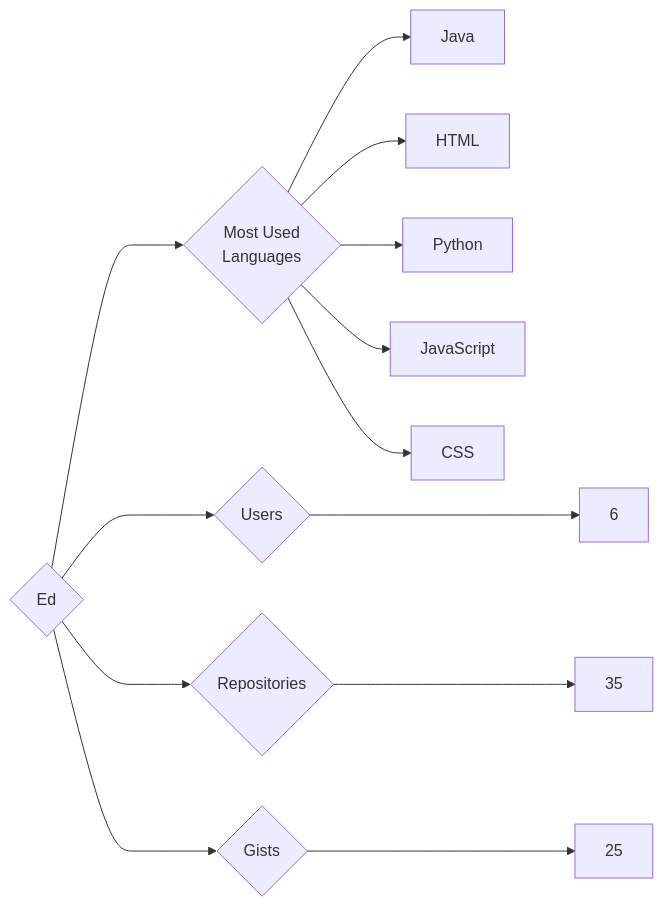
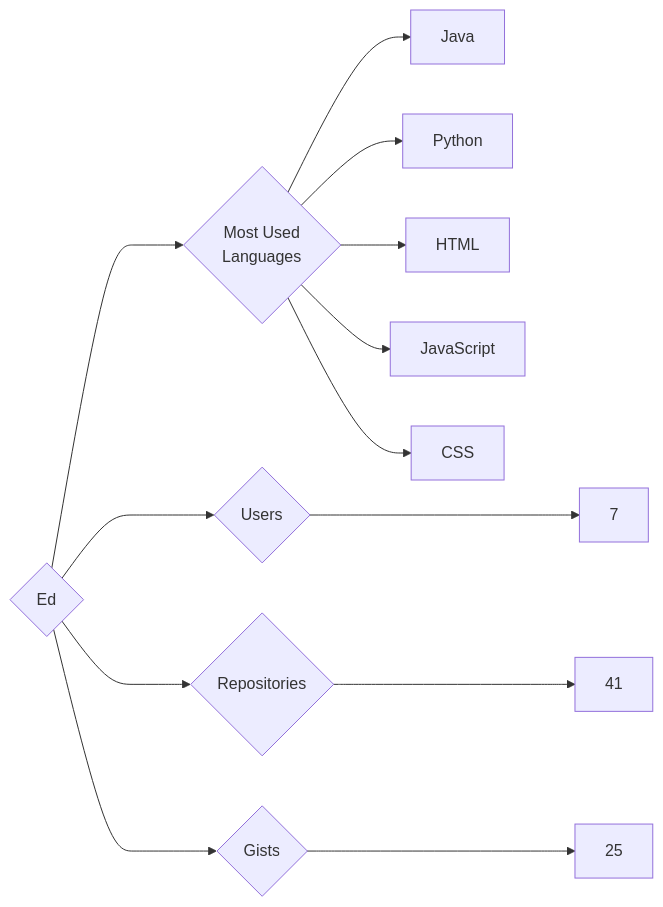
One commit to trickest/insiders changed the diagram in targets/Ed/README.md. Above: the diagram before and after it, drawn with Mermaid. The commit also changed 823 other files, not shown here.

````diff
--- a/targets/Ed/README.md
+++ b/targets/Ed/README.md
@@ -3,13 +3,13 @@
 ```mermaid
 graph LR
 COMPANY_NAME{Ed}
-COMPANY_NAME ---> U{Users} ---> UN[6]
-COMPANY_NAME ---> R{Repositories} ---> RN[35]
+COMPANY_NAME ---> U{Users} ---> UN[7]
+COMPANY_NAME ---> R{Repositories} ---> RN[41]
 COMPANY_NAME ---> G{Gists} ---> GN[25]
 COMPANY_NAME ---> ML{Most Used<br>Languages}
 ML --> Java[Java]
+ML --> Python[Python]
 ML --> HTML[HTML]
-ML --> Python[Python]
 ML --> JavaScript[JavaScript]
 ML --> CSS[CSS]
 ```
````
